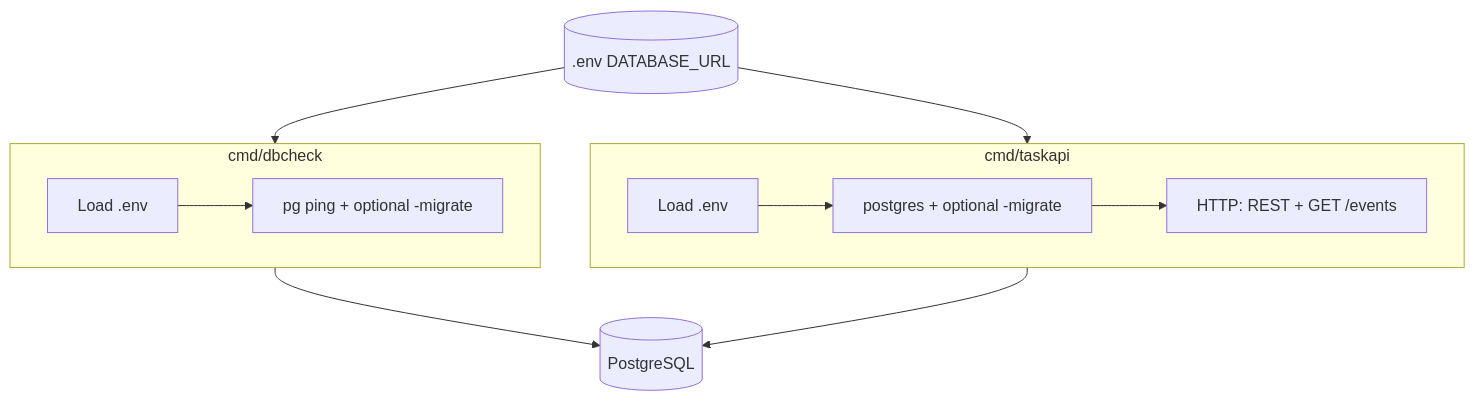
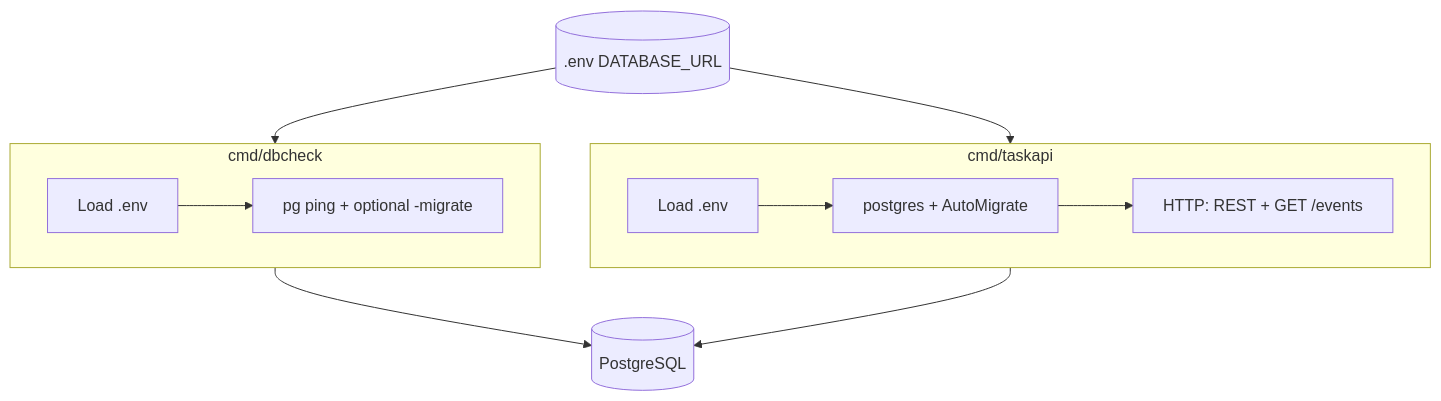
The fourth of 8 diagrams in docs/DESIGN.md (AlexsanderHamir/T2A), drawn with Mermaid before and after one commit. The commit also changed other lines of this file and 31 other files, not shown here.

First line of the commit message:
feat(tasks): add event response thread and AutoMigrate taskapi on startup

````diff
--- a/docs/DESIGN.md
+++ b/docs/DESIGN.md
@@ -117,23 +117,23 @@
 ```mermaid
 flowchart TB
   subgraph dbcheck["cmd/dbcheck"]
     D1[Load .env]
     D2[pg ping + optional -migrate]
     D1 --> D2
   end
 
   subgraph taskapi["cmd/taskapi"]
     T1[Load .env]
-    T2[postgres + optional -migrate]
+    T2[postgres + AutoMigrate]
     T3[HTTP: REST + GET /events]
     T1 --> T2 --> T3
   end
 
   ENV[(.env DATABASE_URL)]
   PG[(PostgreSQL)]
 
   ENV --> dbcheck
   ENV --> taskapi
   dbcheck --> PG
   taskapi --> PG
 ```
````
